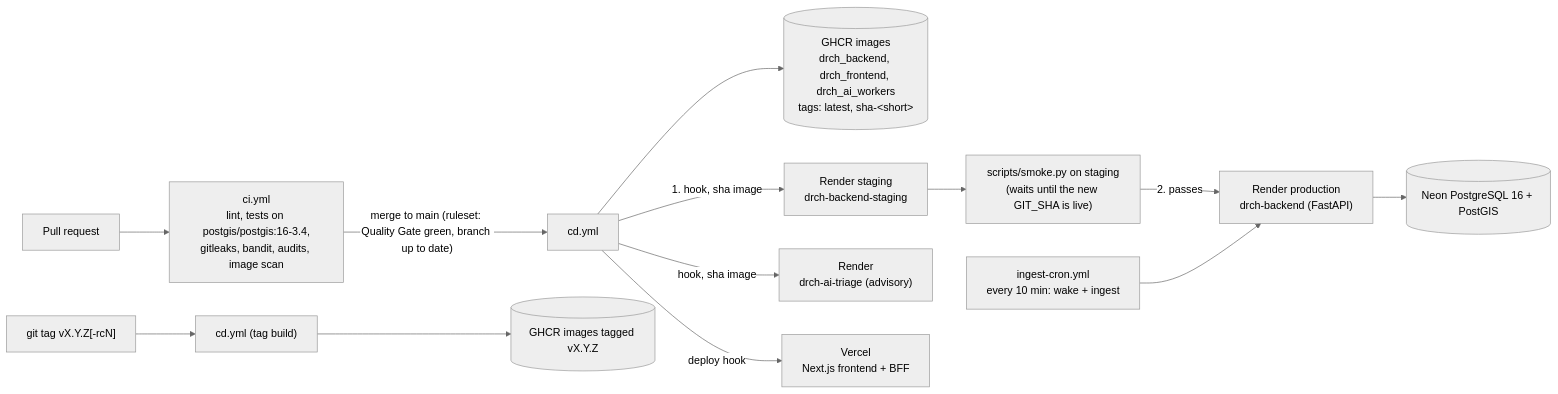
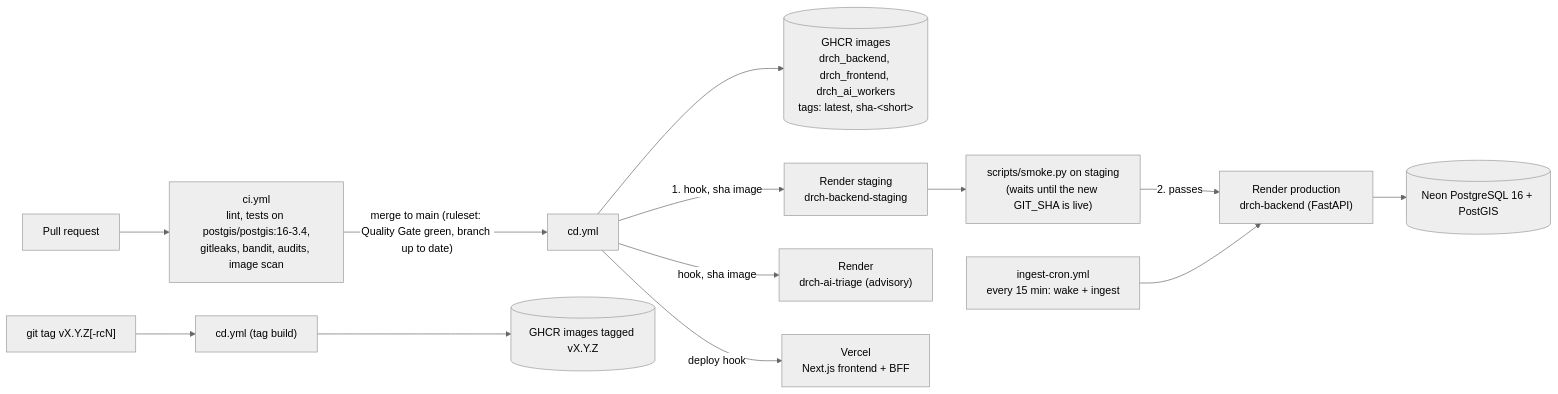
One commit to RudraBhat/IT314_Software_Project changed the second of 2 diagrams in docs/ARCHITECTURE.md. Above: the diagram before and after it, drawn with Mermaid (neutral theme). The commit also changed other lines of this file and 23 other files, not shown here.

````diff
--- a/docs/ARCHITECTURE.md
+++ b/docs/ARCHITECTURE.md
@@ -332,14 +332,14 @@
 ```mermaid
 flowchart LR
     Dev["Pull request"] --> CI["ci.yml<br/>lint, tests on postgis/postgis:16-3.4,<br/>gitleaks, bandit, audits, image scan"]
     CI -->|"merge to main (ruleset: Quality Gate green, branch up to date)"| CD["cd.yml"]
     CD --> GHCR[("GHCR images<br/>drch_backend, drch_frontend, drch_ai_workers<br/>tags: latest, sha-&lt;short&gt;")]
     CD -->|1. hook, sha image| Staging["Render staging<br/>drch-backend-staging"]
     Staging --> Smoke["scripts/smoke.py on staging<br/>(waits until the new GIT_SHA is live)"]
     Smoke -->|2. passes| Render["Render production<br/>drch-backend (FastAPI)"]
     CD -->|hook, sha image| AI["Render<br/>drch-ai-triage (advisory)"]
     CD -->|deploy hook| Vercel["Vercel<br/>Next.js frontend + BFF"]
     Render --> Neon[("Neon PostgreSQL 16 + PostGIS")]
-    Cron["ingest-cron.yml<br/>every 10 min: wake + ingest"] --> Render
+    Cron["ingest-cron.yml<br/>every 15 min: wake + ingest"] --> Render
     Tag["git tag vX.Y.Z[-rcN]"] --> CDTag["cd.yml (tag build)"] --> GHCRv[("GHCR images tagged vX.Y.Z")]
 ```
````
